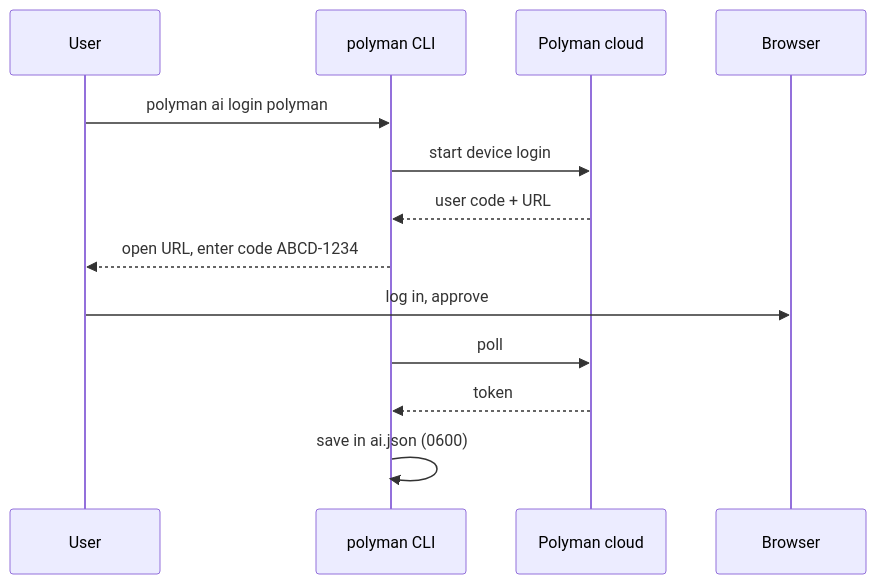
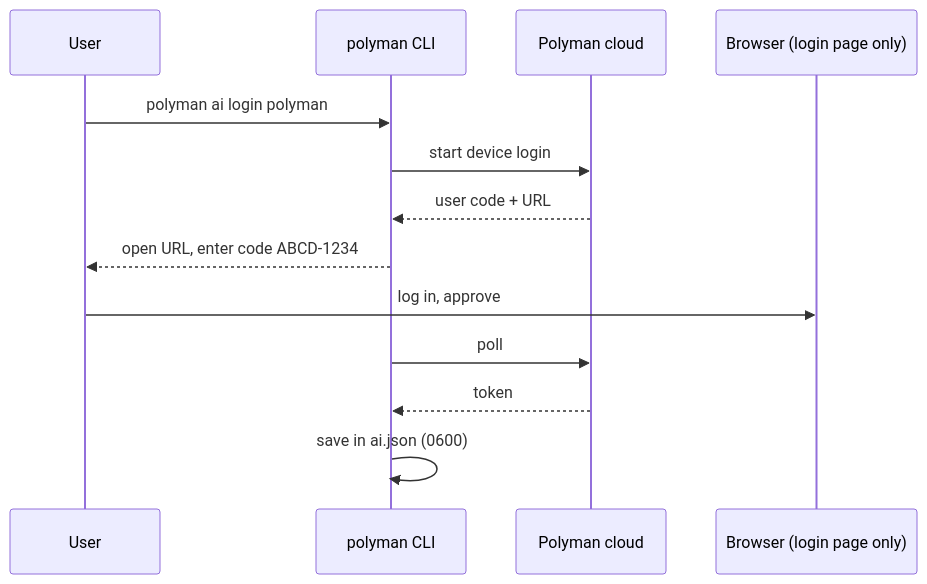
One commit to Ahmad-Faraj/polyman changed the second of 2 diagrams in design/agent/09-cloud.md. Above: the diagram before and after it, drawn with Mermaid. The commit also changed other lines of this file and 9 other files, not shown here.

````diff
--- a/design/agent/09-cloud.md
+++ b/design/agent/09-cloud.md
@@ -34,16 +35,16 @@
 ```mermaid
 sequenceDiagram
   participant U as User
   participant C as polyman CLI
   participant S as Polyman cloud
-  participant B as Browser
+  participant B as Browser (login page only)
 
   U->>C: polyman ai login polyman
   C->>S: start device login
   S-->>C: user code + URL
   C-->>U: open URL, enter code ABCD-1234
   U->>B: log in, approve
   C->>S: poll
   S-->>C: token
   C->>C: save in ai.json (0600)
 ```
````
